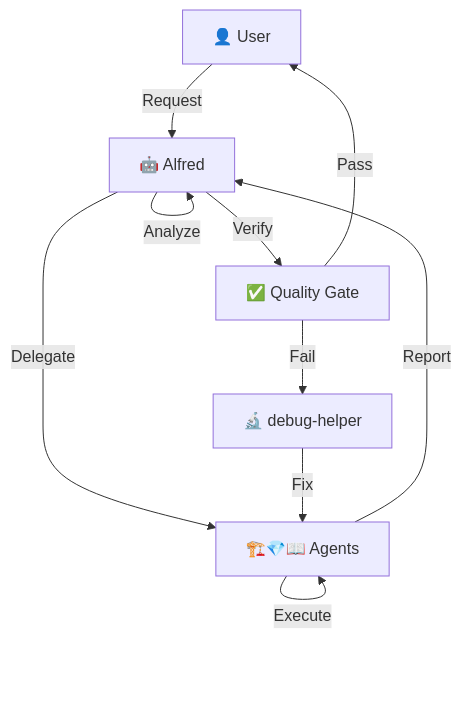
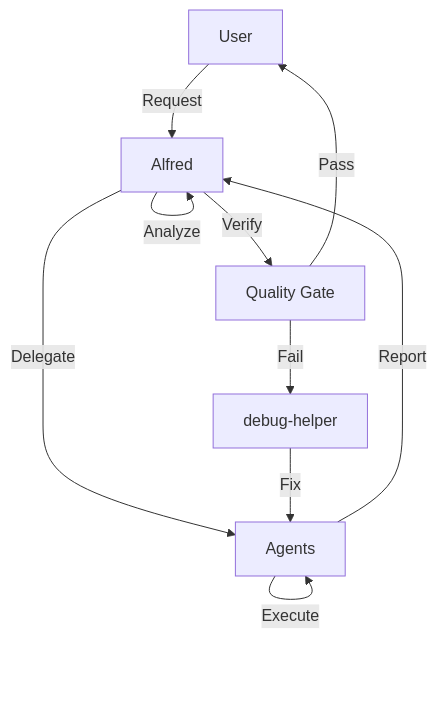
Before and after one commit to modu-ai/moai-adk: the diagram in docs/guides/agents/overview.md, drawn with Mermaid. The commit also changed other lines of this file and 6 other files, not shown here.

````diff
--- a/docs/guides/agents/overview.md
+++ b/docs/guides/agents/overview.md
@@ -517,12 +517,12 @@
 ```mermaid
 graph TD
-    User[👤 User] -->|Request| Alfred[🤖 Alfred]
+    User[User] -->|Request| Alfred[Alfred]
     Alfred -->|Analyze| Alfred
-    Alfred -->|Delegate| Agents[🏗️💎📖 Agents]
+    Alfred -->|Delegate| Agents[Agents]
     Agents -->|Execute| Agents
     Agents -->|Report| Alfred
-    Alfred -->|Verify| QualityGate[✅ Quality Gate]
+    Alfred -->|Verify| QualityGate[Quality Gate]
     QualityGate -->|Pass| User
-    QualityGate -->|Fail| DebugHelper[🔬 debug-helper]
+    QualityGate -->|Fail| DebugHelper[debug-helper]
     DebugHelper -->|Fix| Agents
 ```
````
